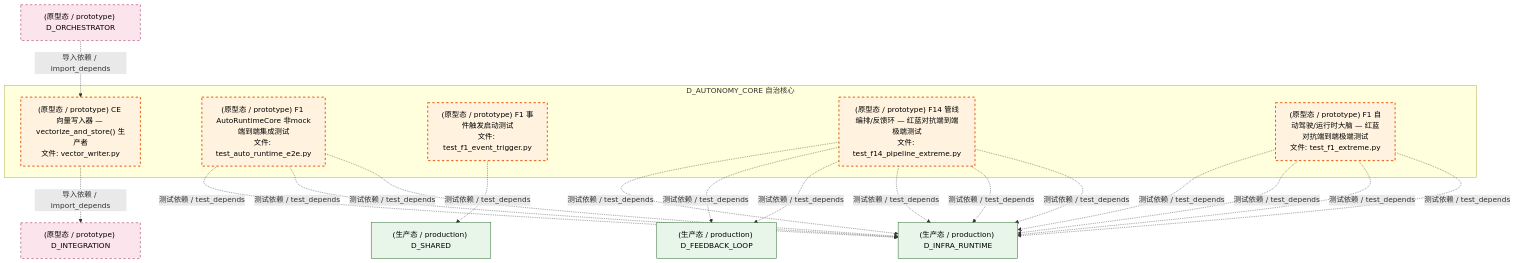
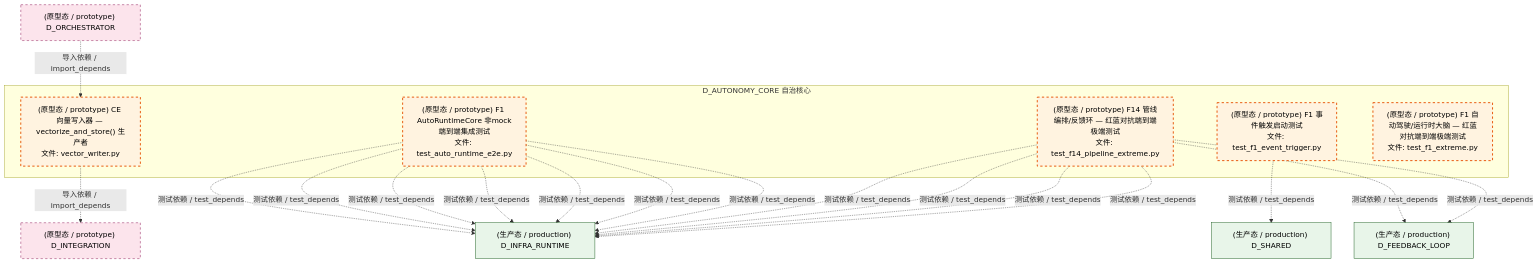
Before and after one commit to xuanFelixVan/ZephyrAlpha: the seventh of 8 diagrams in docs/02_enterprise_architecture/02_domain_architecture_docs/07_d_autonomy_core.md, drawn with Mermaid. The commit also changed other lines of this file and 87 other files, not shown here.

````diff
--- a/docs/02_enterprise_architecture/02_domain_architecture_docs/07_d_autonomy_core.md
+++ b/docs/02_enterprise_architecture/02_domain_architecture_docs/07_d_autonomy_core.md
@@ -744,38 +744,38 @@
 ```mermaid
 graph TD
     subgraph D_AUTONOMY_CORE["D_AUTONOMY_CORE 自治核心"]
         src_zephyr_integration_vector_memory_vector_writer_py["(原型态 / prototype) CE 向量写入器 — vectorize_and_store() 生产者<br/>文件: vector_writer.py"]
         tests_automation_test_auto_runtime_e2e_py["(原型态 / prototype) F1 AutoRuntimeCore 非mock端到端集成测试<br/>文件: test_auto_runtime_e2e.py"]
         tests_f_lifecycle_test_f1_event_trigger_py["(原型态 / prototype) F1 事件触发启动测试<br/>文件: test_f1_event_trigger.py"]
         tests_trading_extreme_test_f14_pipeline_extreme_py["(原型态 / prototype) F14 管线编排/反馈环 — 红蓝对抗端到端极端测试<br/>文件: test_f14_pipeline_extreme.py"]
         tests_trading_extreme_test_f1_extreme_py["(原型态 / prototype) F1 自动驾驶/运行时大脑 — 红蓝对抗端到端极端测试<br/>文件: test_f1_extreme.py"]
     end
+    D_INTEGRATION["(原型态 / prototype) D_INTEGRATION"]
+    src_zephyr_integration_vector_memory_vector_writer_py -.->|导入依赖 / import_depends| D_INTEGRATION
+    D_INFRA_RUNTIME["(生产态 / production) D_INFRA_RUNTIME"]
+    tests_automation_test_auto_runtime_e2e_py -.->|测试依赖 / test_depends| D_INFRA_RUNTIME
+    tests_automation_test_auto_runtime_e2e_py -.->|测试依赖 / test_depends| D_INFRA_RUNTIME
+    tests_automation_test_auto_runtime_e2e_py -.->|测试依赖 / test_depends| D_INFRA_RUNTIME
+    tests_automation_test_auto_runtime_e2e_py -.->|测试依赖 / test_depends| D_INFRA_RUNTIME
+    tests_automation_test_auto_runtime_e2e_py -.->|测试依赖 / test_depends| D_INFRA_RUNTIME
+    tests_automation_test_auto_runtime_e2e_py -.->|测试依赖 / test_depends| D_INFRA_RUNTIME
+    tests_automation_test_auto_runtime_e2e_py -.->|测试依赖 / test_depends| D_INFRA_RUNTIME
     D_SHARED["(生产态 / production) D_SHARED"]
     tests_f_lifecycle_test_f1_event_trigger_py -.->|测试依赖 / test_depends| D_SHARED
-    D_INFRA_RUNTIME["(生产态 / production) D_INFRA_RUNTIME"]
-    tests_trading_extreme_test_f1_extreme_py -.->|测试依赖 / test_depends| D_INFRA_RUNTIME
-    D_INTEGRATION["(原型态 / prototype) D_INTEGRATION"]
-    src_zephyr_integration_vector_memory_vector_writer_py -.->|导入依赖 / import_depends| D_INTEGRATION
     tests_trading_extreme_test_f14_pipeline_extreme_py -.->|测试依赖 / test_depends| D_INFRA_RUNTIME
-    tests_automation_test_auto_runtime_e2e_py -.->|测试依赖 / test_depends| D_INFRA_RUNTIME
-    tests_automation_test_auto_runtime_e2e_py -.->|测试依赖 / test_depends| D_INFRA_RUNTIME
-    tests_trading_extreme_test_f1_extreme_py -.->|测试依赖 / test_depends| D_INFRA_RUNTIME
+    D_FEEDBACK_LOOP["(生产态 / production) D_FEEDBACK_LOOP"]
+    tests_trading_extreme_test_f14_pipeline_extreme_py -.->|测试依赖 / test_depends| D_FEEDBACK_LOOP
     tests_trading_extreme_test_f14_pipeline_extreme_py -.->|测试依赖 / test_depends| D_INFRA_RUNTIME
     tests_trading_extreme_test_f14_pipeline_extreme_py -.->|测试依赖 / test_depends| D_INFRA_RUNTIME
-    tests_trading_extreme_test_f1_extreme_py -.->|测试依赖 / test_depends| D_INFRA_RUNTIME
-    D_FEEDBACK_LOOP["(生产态 / production) D_FEEDBACK_LOOP"]
     tests_trading_extreme_test_f14_pipeline_extreme_py -.->|测试依赖 / test_depends| D_FEEDBACK_LOOP
-    tests_trading_extreme_test_f14_pipeline_extreme_py -.->|测试依赖 / test_depends| D_FEEDBACK_LOOP
-    tests_automation_test_auto_runtime_e2e_py -.->|测试依赖 / test_depends| D_INFRA_RUNTIME
     tests_trading_extreme_test_f14_pipeline_extreme_py -.->|测试依赖 / test_depends| D_INFRA_RUNTIME
-    tests_trading_extreme_test_f1_extreme_py -.->|测试依赖 / test_depends| D_INFRA_RUNTIME
     D_ORCHESTRATOR["(原型态 / prototype) D_ORCHESTRATOR"]
     D_ORCHESTRATOR -.->|导入依赖 / import_depends| src_zephyr_integration_vector_memory_vector_writer_py
     classDef production fill:#e1f5fe,stroke:#01579b,stroke-width:2px,color:#000
     classDef design fill:#fff3e0,stroke:#e65100,stroke-width:2px,color:#000,stroke-dasharray: 5 5
     classDef external_prod fill:#e8f5e9,stroke:#1b5e20,stroke-width:1px,color:#000
     classDef external_design fill:#fce4ec,stroke:#880e4f,stroke-width:1px,color:#000,stroke-dasharray: 5 5
     class src_zephyr_integration_vector_memory_vector_writer_py,tests_automation_test_auto_runtime_e2e_py,tests_f_lifecycle_test_f1_event_trigger_py,tests_trading_extreme_test_f14_pipeline_extreme_py,tests_trading_extreme_test_f1_extreme_py design
-    class D_SHARED,D_INFRA_RUNTIME,D_FEEDBACK_LOOP external_prod
+    class D_INFRA_RUNTIME,D_SHARED,D_FEEDBACK_LOOP external_prod
     class D_INTEGRATION,D_ORCHESTRATOR external_design
 ```
````
